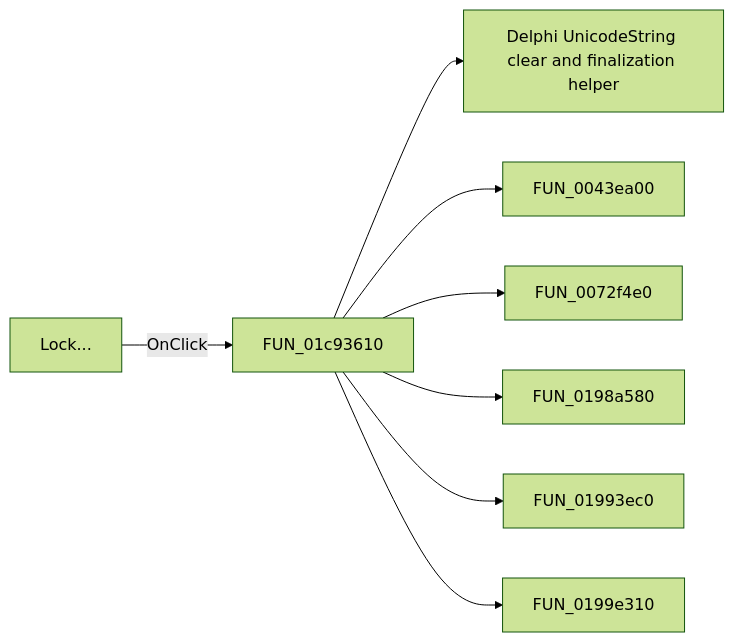
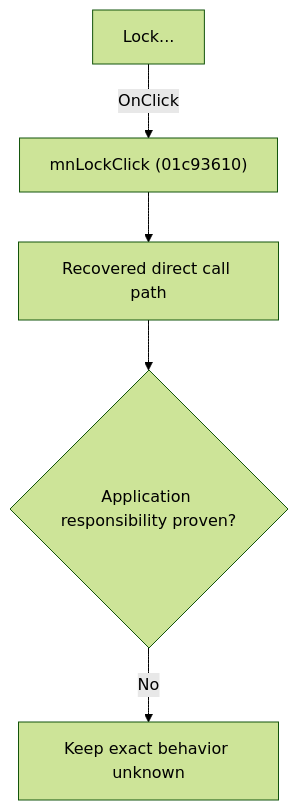
Before and after one commit to MovGP0/TIARA: the diagram in docs/ui-controls/schematiceditor/mnlock-1ba80b3bac.md, drawn with Mermaid (forest theme). The commit also changed other lines of this file and 1062 other files, not shown here.

````diff
--- a/docs/ui-controls/schematiceditor/mnlock-1ba80b3bac.md
+++ b/docs/ui-controls/schematiceditor/mnlock-1ba80b3bac.md
@@ -27,10 +27,7 @@
 ```mermaid
-flowchart LR
-    control["Lock..."] -->|OnClick| handler["FUN_01c93610"]
-    handler --> call1["Delphi UnicodeString clear and finalization helper"]
-    handler --> call2["FUN_0043ea00"]
-    handler --> call3["FUN_0072f4e0"]
-    handler --> call4["FUN_0198a580"]
-    handler --> call5["FUN_01993ec0"]
-    handler --> call6["FUN_0199e310"]
+flowchart TD
+    control["Lock..."] -->|"OnClick"| handler["mnLockClick (01c93610)"]
+    handler --> recovered["Recovered direct call path"]
+    recovered --> gap{"Application responsibility proven?"}
+    gap -->|"No"| blocked["Keep exact behavior unknown"]
 ```
````
